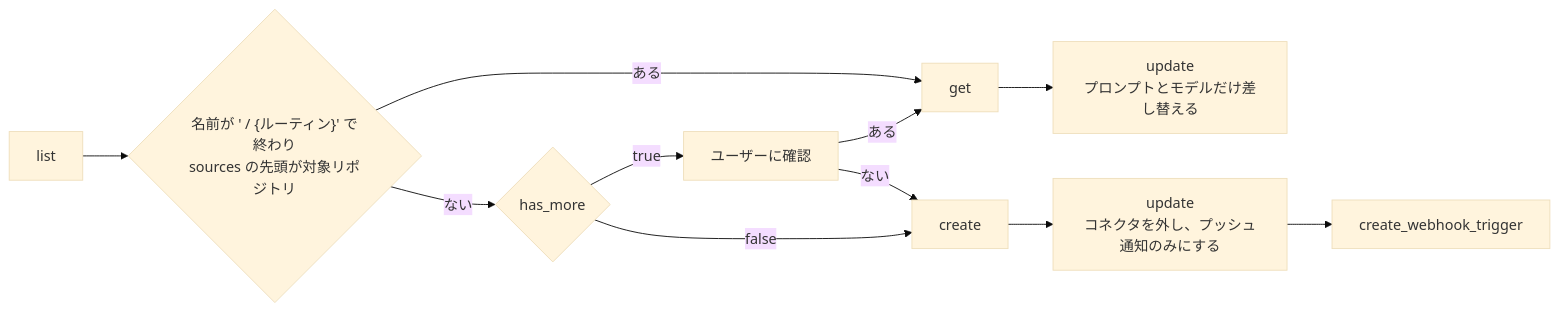
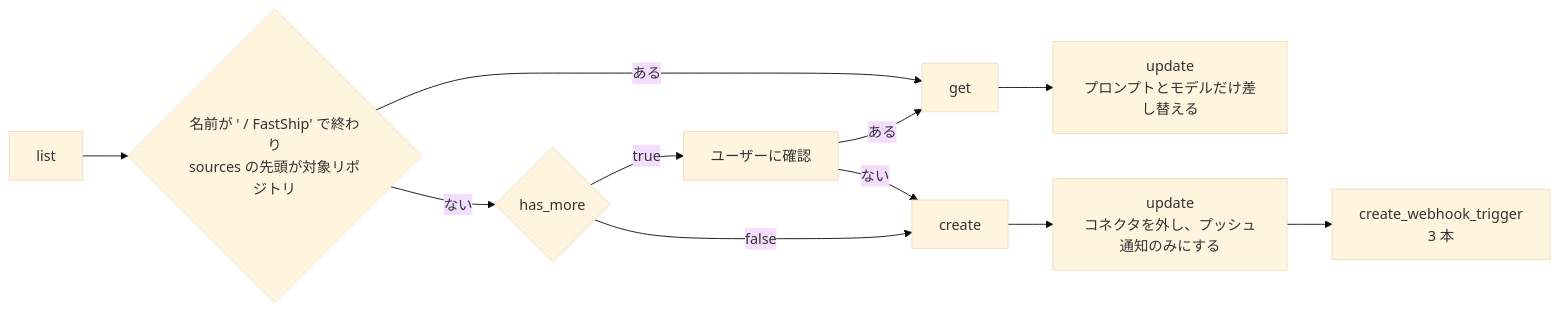
One commit to theindiehacker/fastship-plugin changed the first of 2 diagrams in plugins/dev/skills/setup/SKILL.md. Above: the diagram before and after it, drawn with Mermaid (base theme). The commit also changed other lines of this file and 6 other files, not shown here.

````diff
--- a/plugins/dev/skills/setup/SKILL.md
+++ b/plugins/dev/skills/setup/SKILL.md
@@ -118,10 +109,10 @@
 ```mermaid
 flowchart LR
-    list["list"] --> exists{"名前が ' / {ルーティン}' で終わり<br/>sources の先頭が対象リポジトリ"}
+    list["list"] --> exists{"名前が ' / FastShip' で終わり<br/>sources の先頭が対象リポジトリ"}
     exists -->|ある| get["get"] --> update["update<br/>プロンプトとモデルだけ差し替える"]
     exists -->|ない| more{"has_more"}
     more -->|true| ask["ユーザーに確認"]
     ask -->|ある| get
     ask -->|ない| create
-    more -->|false| create["create"] --> clear["update<br/>コネクタを外し、プッシュ通知のみにする"] --> trigger["create_webhook_trigger"]
+    more -->|false| create["create"] --> clear["update<br/>コネクタを外し、プッシュ通知のみにする"] --> trigger["create_webhook_trigger<br/>3 本"]
 ```
````
